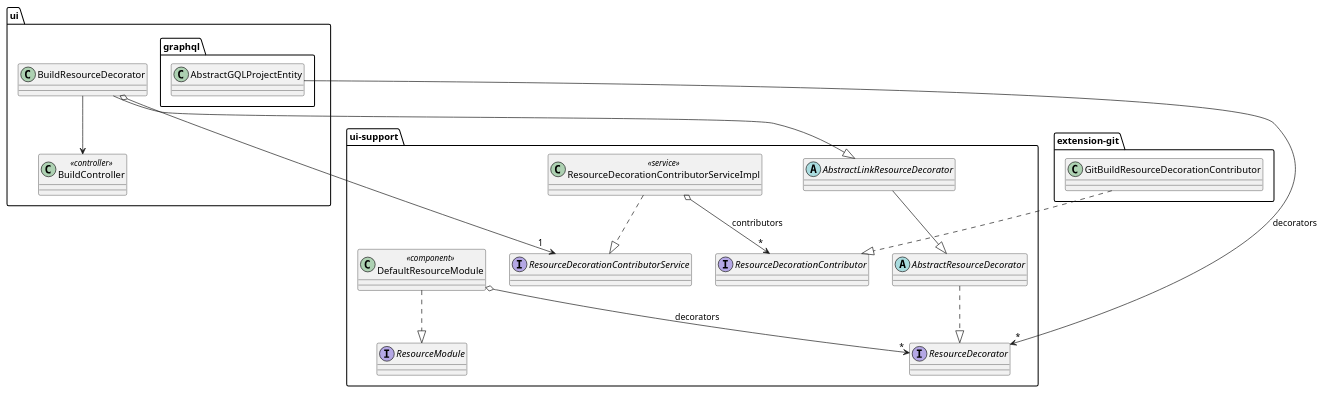
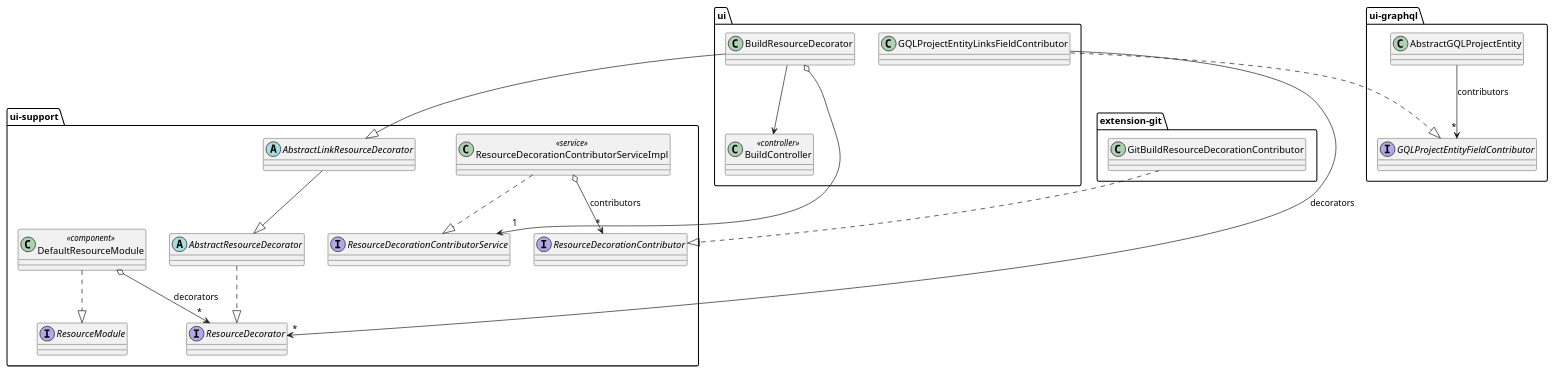
One commit to nemerosa/ontrack changed the diagram in ontrack-docs/src/docs/asciidoc/architecture-json-model.puml. Above: the diagram before and after it, drawn with PlantUML. The commit also changed 112 other files, not shown here.

Commit message:
#458 Graphql module (wip)

```diff
--- a/ontrack-docs/src/docs/asciidoc/architecture-json-model.puml
+++ b/ontrack-docs/src/docs/asciidoc/architecture-json-model.puml
@@ -1,49 +1,54 @@
 @startuml
 package "ui-support" {
     interface ResourceModule
     class DefaultResourceModule <<component>>
 
     interface ResourceDecorator
     abstract class AbstractResourceDecorator
     abstract class AbstractLinkResourceDecorator
 
     interface ResourceDecorationContributorService
     class ResourceDecorationContributorServiceImpl <<service>>
 
     interface ResourceDecorationContributor
 
     DefaultResourceModule ..|> ResourceModule
     DefaultResourceModule o--> "*" ResourceDecorator : decorators
 
     AbstractResourceDecorator ..|> ResourceDecorator
     AbstractLinkResourceDecorator --|> AbstractResourceDecorator
 
     ResourceDecorationContributorServiceImpl ..|> ResourceDecorationContributorService
     ResourceDecorationContributorServiceImpl o--> "*" ResourceDecorationContributor: contributors
 
 }
 
+package "ui-graphql" {
+    class AbstractGQLProjectEntity
+    interface GQLProjectEntityFieldContributor
+
+    AbstractGQLProjectEntity --> "*" GQLProjectEntityFieldContributor: contributors
+}
+
 package "ui" {
     class BuildResourceDecorator
     class BuildController <<controller>>
+    class GQLProjectEntityLinksFieldContributor
 
     BuildResourceDecorator --> BuildController
 
     BuildResourceDecorator --|> AbstractLinkResourceDecorator
     BuildResourceDecorator o--> "1" ResourceDecorationContributorService
 
-    package "graphql" {
-        class AbstractGQLProjectEntity
-
-        AbstractGQLProjectEntity --> "*" ResourceDecorator: decorators
-    }
+    GQLProjectEntityLinksFieldContributor ..|> GQLProjectEntityFieldContributor
+    GQLProjectEntityLinksFieldContributor --> "*" ResourceDecorator: decorators
 
 }
 
 package "extension-git" {
     class GitBuildResourceDecorationContributor
 
     GitBuildResourceDecorationContributor ..|> ResourceDecorationContributor
 }
 
 @enduml
```
